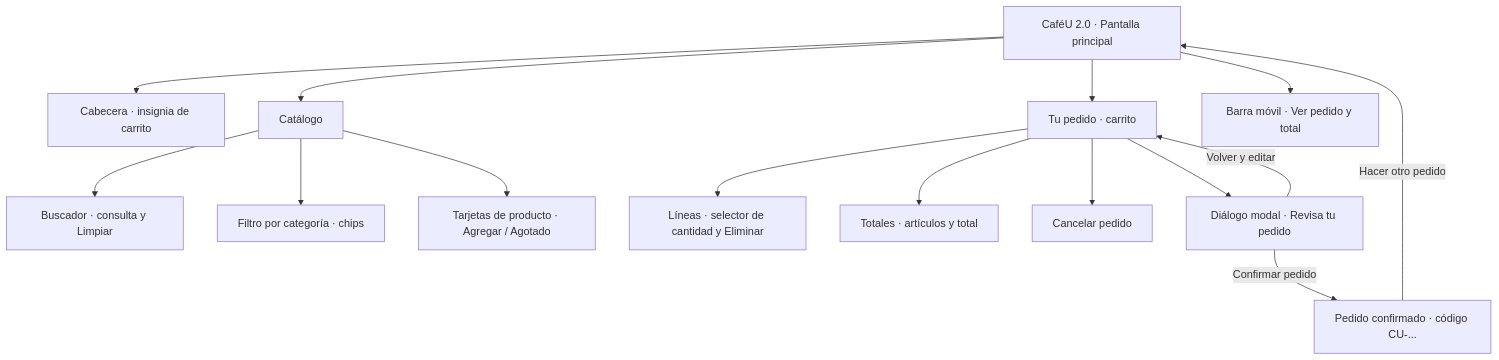
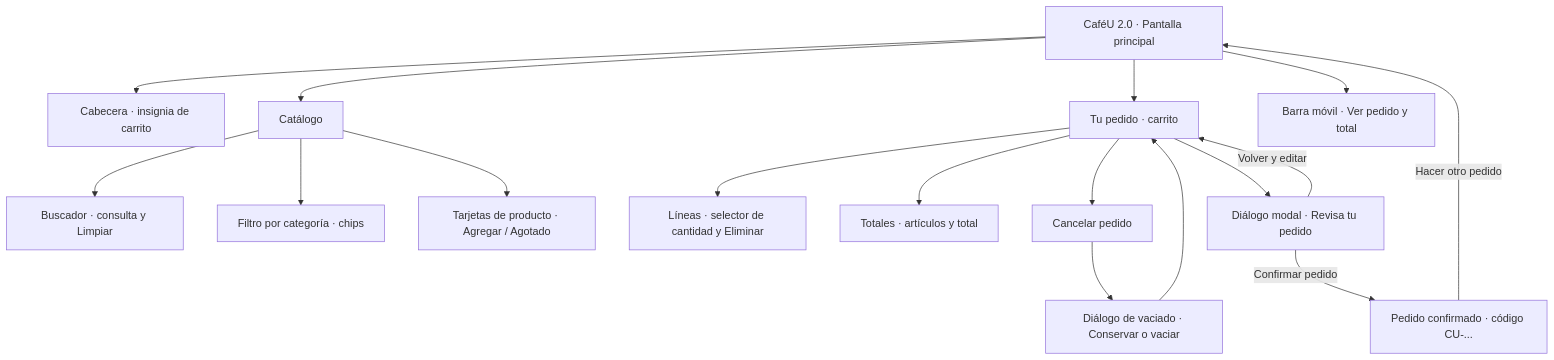
The diagram in docs/sitemap.md (Jonathan305g/Prueba_02_IHC_P2), drawn with Mermaid before and after one commit. The commit also changed other lines of this file and 59 other files, not shown here.

````diff
--- a/docs/sitemap.md
+++ b/docs/sitemap.md
@@ -5,20 +5,22 @@
 ```mermaid
 flowchart TD
   A[CaféU 2.0 · Pantalla principal] --> H[Cabecera · insignia de carrito]
   A --> B[Catálogo]
   A --> C[Tu pedido · carrito]
   A --> M[Barra móvil · Ver pedido y total]
 
   B --> B1[Buscador · consulta y Limpiar]
   B --> B2[Filtro por categoría · chips]
   B --> B3[Tarjetas de producto · Agregar / Agotado]
 
   C --> C1[Líneas · selector de cantidad y Eliminar]
   C --> C2[Totales · artículos y total]
   C --> C3[Cancelar pedido]
+  C3 --> F[Diálogo de vaciado · Conservar o vaciar]
+  F --> C
   C --> D[Diálogo modal · Revisa tu pedido]
 
   D -->|Volver y editar| C
   D -->|Confirmar pedido| E[Pedido confirmado · código CU-...]
   E -->|Hacer otro pedido| A
 ```
````
